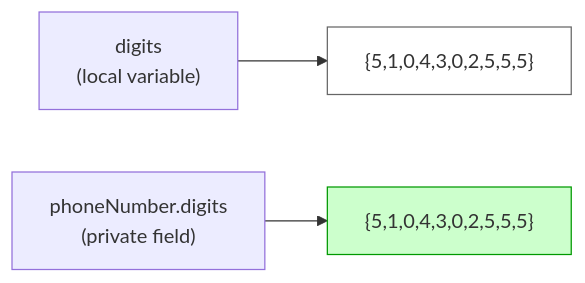
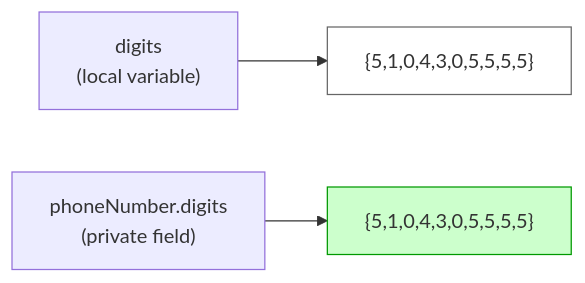
The third of 4 diagrams in lecture-slides/l6-immutability-abstraction.mdx (neu-pdi/cs3100-public-resources), drawn with Mermaid before and after one commit. The commit also changed other lines of this file, not shown here.

````diff
--- a/lecture-slides/l6-immutability-abstraction.mdx
+++ b/lecture-slides/l6-immutability-abstraction.mdx
@@ -1315,13 +1315,13 @@
 ```mermaid
 flowchart LR
     digits["digits<br/>(local variable)"]
     field["phoneNumber.digits<br/>(private field)"]
-    array1["{5,1,0,4,3,0,2,5,5,5}"]
-    array2["{5,1,0,4,3,0,2,5,5,5}"]
+    array1["{5,1,0,4,3,0,5,5,5,5}"]
+    array2["{5,1,0,4,3,0,5,5,5,5}"]
 
     digits --> array1
     field --> array2
 
     style array1 fill:#fff,stroke:#666
     style array2 fill:#cfc,stroke:#090
 ```
````
